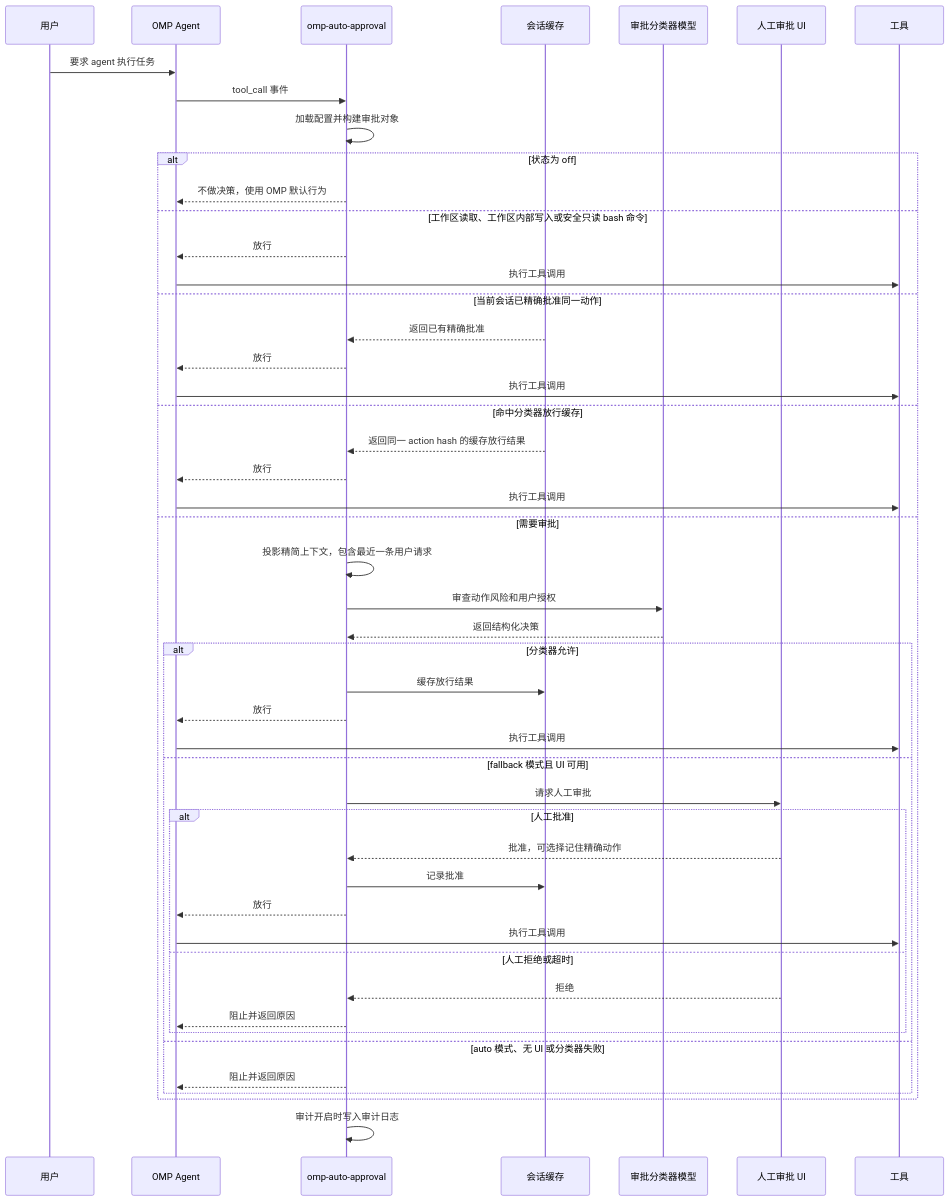
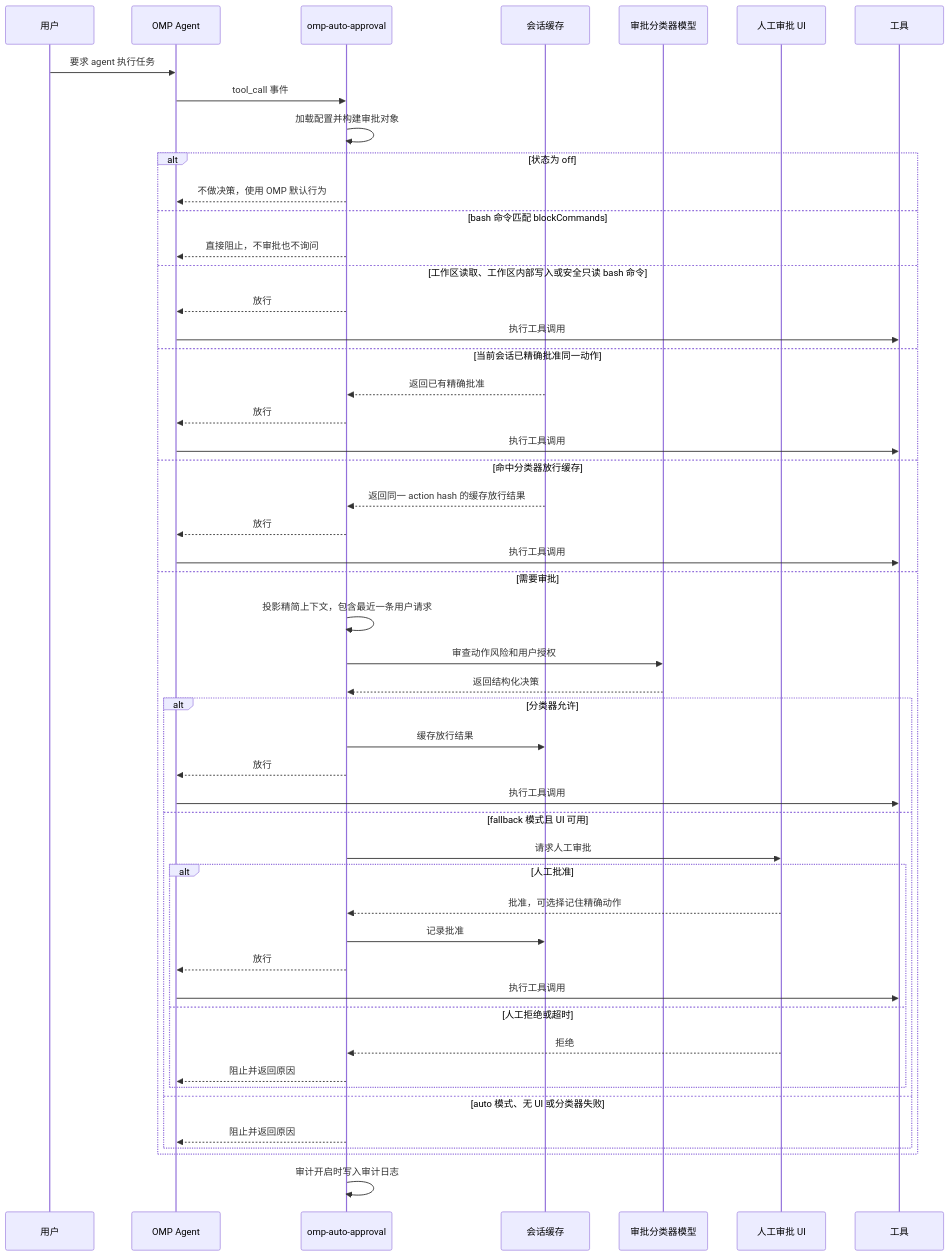
One commit to sthetz/omp-auto-approval changed the diagram in README.zh-CN.md. Above: the diagram before and after it, drawn with Mermaid. The commit also changed other lines of this file and 17 other files, not shown here.

````diff
--- a/README.zh-CN.md
+++ b/README.zh-CN.md
@@ -72,54 +74,56 @@
 ```mermaid
 sequenceDiagram
     participant User as 用户
     participant OMP as OMP Agent
     participant Ext as omp-auto-approval
     participant Store as 会话缓存
     participant Classifier as 审批分类器模型
     participant Human as 人工审批 UI
     participant Tool as 工具
 
     User->>OMP: 要求 agent 执行任务
     OMP->>Ext: tool_call 事件
     Ext->>Ext: 加载配置并构建审批对象
 
     alt 状态为 off
         Ext-->>OMP: 不做决策，使用 OMP 默认行为
+    else bash 命令匹配 blockCommands
+        Ext-->>OMP: 直接阻止，不审批也不询问
     else 工作区读取、工作区内部写入或安全只读 bash 命令
         Ext-->>OMP: 放行
         OMP->>Tool: 执行工具调用
     else 当前会话已精确批准同一动作
         Store-->>Ext: 返回已有精确批准
         Ext-->>OMP: 放行
         OMP->>Tool: 执行工具调用
     else 命中分类器放行缓存
         Store-->>Ext: 返回同一 action hash 的缓存放行结果
         Ext-->>OMP: 放行
         OMP->>Tool: 执行工具调用
     else 需要审批
         Ext->>Ext: 投影精简上下文，包含最近一条用户请求
         Ext->>Classifier: 审查动作风险和用户授权
         Classifier-->>Ext: 返回结构化决策
 
         alt 分类器允许
             Ext->>Store: 缓存放行结果
             Ext-->>OMP: 放行
             OMP->>Tool: 执行工具调用
         else fallback 模式且 UI 可用
             Ext->>Human: 请求人工审批
             alt 人工批准
                 Human-->>Ext: 批准，可选择记住精确动作
                 Ext->>Store: 记录批准
                 Ext-->>OMP: 放行
                 OMP->>Tool: 执行工具调用
             else 人工拒绝或超时
                 Human-->>Ext: 拒绝
                 Ext-->>OMP: 阻止并返回原因
             end
         else auto 模式、无 UI 或分类器失败
             Ext-->>OMP: 阻止并返回原因
         end
     end
 
     Ext->>Ext: 审计开启时写入审计日志
 ```
````
